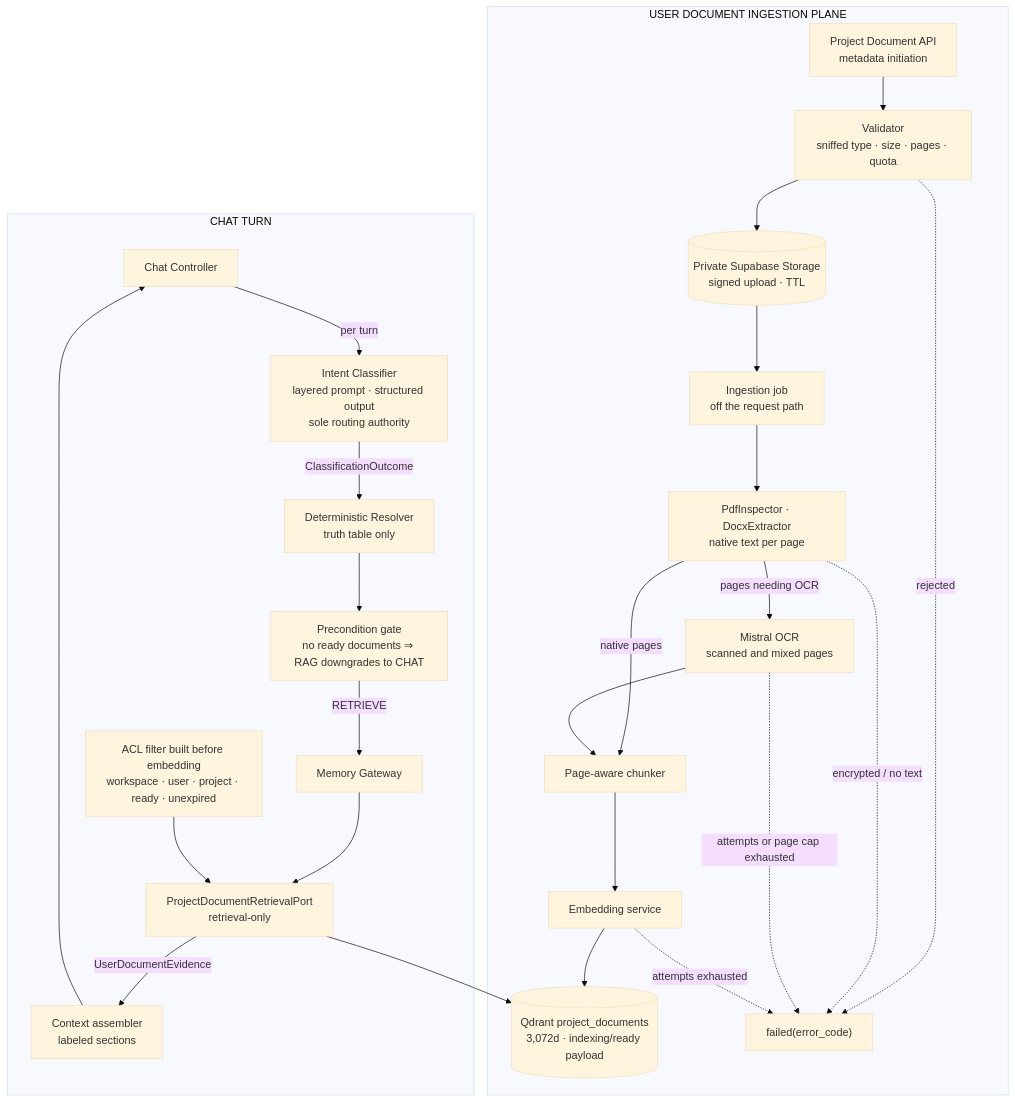
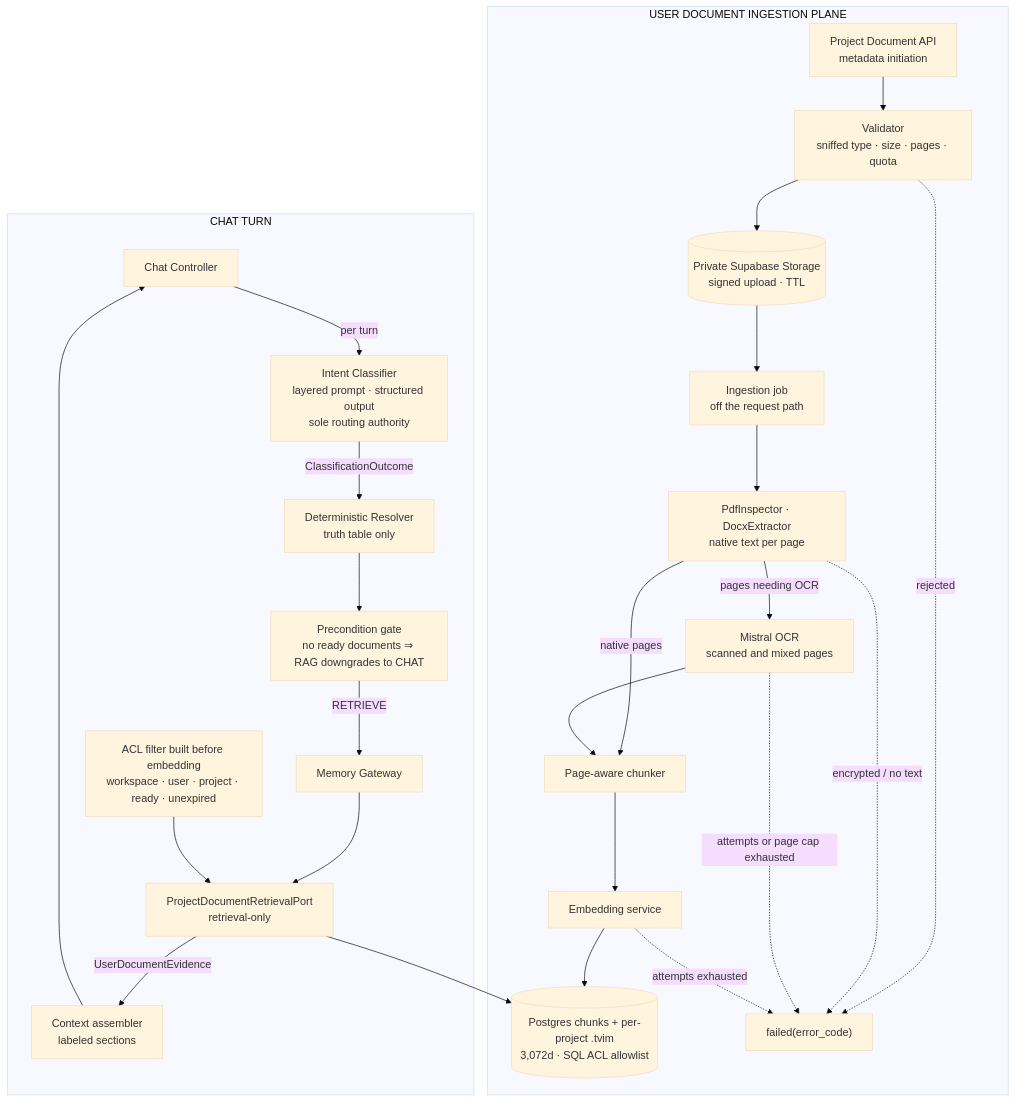
One commit to MathematicGuy/EMAIL-AGENT-v1 changed the second of 2 diagrams in docs/architectures/TARGET-ARCHITECTURE.md. Above: the diagram before and after it, drawn with Mermaid (base theme). The commit also changed other lines of this file and 50 other files, not shown here.

````diff
--- a/docs/architectures/TARGET-ARCHITECTURE.md
+++ b/docs/architectures/TARGET-ARCHITECTURE.md
@@ -207,41 +207,41 @@
 ```mermaid
 flowchart TB
     subgraph INGEST["USER DOCUMENT INGESTION PLANE"]
         UP["Project Document API<br/>metadata initiation"]
         VALID["Validator<br/>sniffed type · size · pages · quota"]
         OBJ[("Private Supabase Storage<br/>signed upload · TTL")]
         JOB["Ingestion job<br/>off the request path"]
         DETECT["PdfInspector · DocxExtractor<br/>native text per page"]
         OCR["Mistral OCR<br/>scanned and mixed pages"]
         PCHUNK["Page-aware chunker"]
         UEMBED["Embedding service"]
-        UINDEX[("Qdrant project_documents<br/>3,072d · indexing/ready payload")]
+        UINDEX[("Postgres chunks + per-project .tvim<br/>3,072d · SQL ACL allowlist")]
         UFAIL["failed(error_code)"]
     end
 
     UP --> VALID --> OBJ --> JOB --> DETECT
     DETECT -->|native pages| PCHUNK
     DETECT -->|pages needing OCR| OCR --> PCHUNK
     PCHUNK --> UEMBED --> UINDEX
     VALID -.->|"rejected"| UFAIL
     DETECT -.->|"encrypted / no text"| UFAIL
     OCR -.->|"attempts or page cap exhausted"| UFAIL
     UEMBED -.->|"attempts exhausted"| UFAIL
 
     subgraph CHATTURN["CHAT TURN"]
         CHAT["Chat Controller"]
         CLS["Intent Classifier<br/>layered prompt · structured output<br/>sole routing authority"]
         RES["Deterministic Resolver<br/>truth table only"]
         GATE["Precondition gate<br/>no ready documents ⇒ RAG downgrades to CHAT"]
         GW["Memory Gateway"]
         DOCPORT["ProjectDocumentRetrievalPort<br/>retrieval-only"]
         DACL["ACL filter built before embedding<br/>workspace · user · project · ready · unexpired"]
         CTX["Context assembler<br/>labeled sections"]
     end
 
     CHAT -->|per turn| CLS -->|ClassificationOutcome| RES
     RES --> GATE
     GATE -->|RETRIEVE| GW --> DOCPORT
     DACL --> DOCPORT --> UINDEX
     DOCPORT -->|UserDocumentEvidence| CTX --> CHAT
 ```
````
